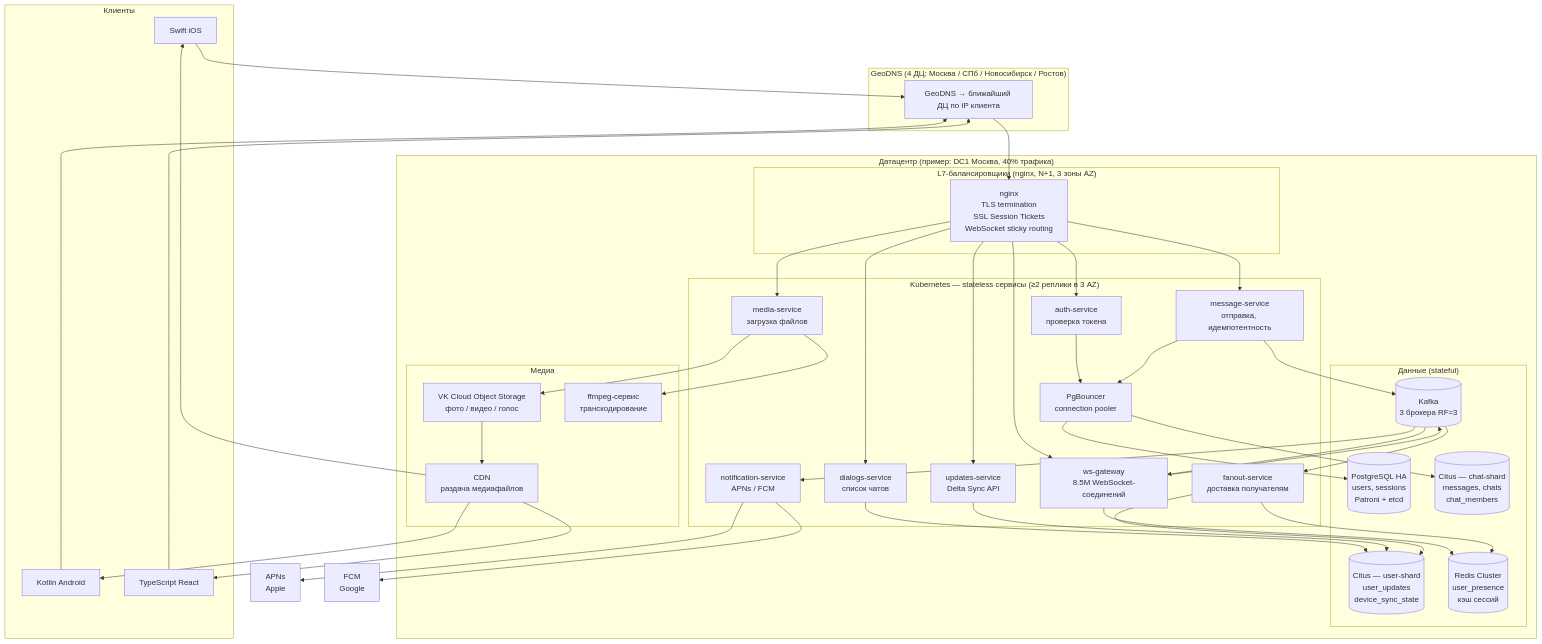
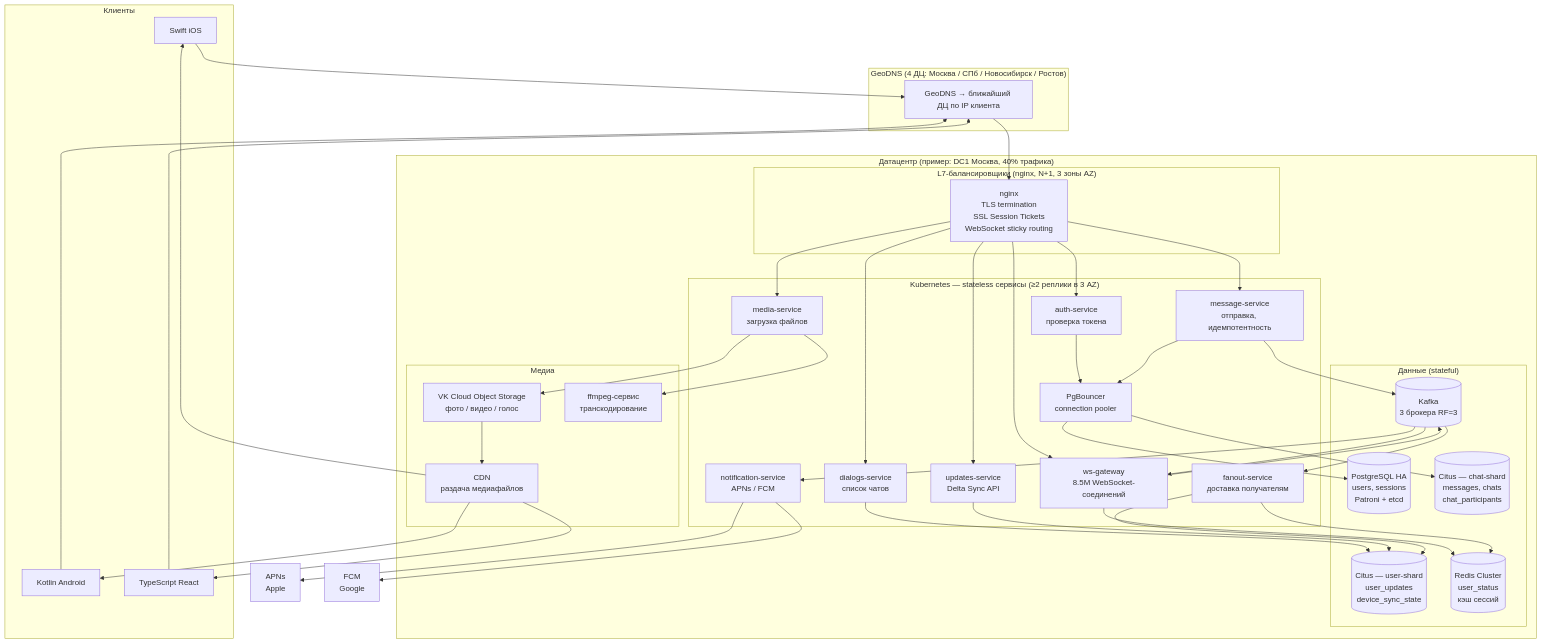
One commit to aayagzhov/highload_messenger changed the fourth of 7 diagrams in README.md. Above: the diagram before and after it, drawn with Mermaid. The commit also changed other lines of this file, not shown here.

````diff
--- a/README.md
+++ b/README.md
@@ -1595,82 +1717,82 @@
 ```mermaid
 graph TB
     subgraph Клиенты
         iOS[Swift iOS]
         Android[Kotlin Android]
         Web[TypeScript React]
     end
 
     subgraph DNS["GeoDNS (4 ДЦ: Москва / СПб / Новосибирск / Ростов)"]
         DNS_node[GeoDNS → ближайший ДЦ по IP клиента]
     end
 
     subgraph DC["Датацентр (пример: DC1 Москва, 40% трафика)"]
         subgraph LB["L7-балансировщики (nginx, N+1, 3 зоны AZ)"]
             NGX[nginx\nTLS termination\nSSL Session Tickets\nWebSocket sticky routing]
         end
 
         subgraph K8S["Kubernetes — stateless сервисы (≥2 реплики в 3 AZ)"]
             AUTH[auth-service\nпроверка токена]
             MSG[message-service\nотправка, идемпотентность]
             DIAL[dialogs-service\nсписок чатов]
             UPD[updates-service\nDelta Sync API]
             WS[ws-gateway\n8.5M WebSocket-соединений]
             FAN[fanout-service\nдоставка получателям]
             PUSH[notification-service\nAPNs / FCM]
             MEDIA[media-service\nзагрузка файлов]
             PGB[PgBouncer\nconnection pooler]
         end
 
         subgraph DATA["Данные (stateful)"]
             PG[(PostgreSQL HA\nusers, sessions\nPatroni + etcd)]
-            CITUS[(Citus — chat-shard\nmessages, chats\nchat_members)]
+            CITUS[(Citus — chat-shard\nmessages, chats\nchat_participants)]
             CITUS_U[(Citus — user-shard\nuser_updates\ndevice_sync_state)]
-            REDIS[(Redis Cluster\nuser_presence\nкэш сессий)]
+            REDIS[(Redis Cluster\nuser_status\nкэш сессий)]
             KAFKA[(Kafka\n3 брокера RF=3)]
         end
 
         subgraph STORAGE["Медиа"]
             OBJ[VK Cloud Object Storage\nфото / видео / голос]
             CDN[CDN\nраздача медиафайлов]
             FFMPEG[ffmpeg-сервис\nтранскодирование]
         end
     end
 
     iOS --> DNS_node
     Android --> DNS_node
     Web --> DNS_node
     DNS_node --> NGX
 
     NGX --> AUTH
     NGX --> MSG
     NGX --> DIAL
     NGX --> UPD
     NGX --> WS
     NGX --> MEDIA
 
     AUTH --> PGB --> PG
     MSG --> PGB
     PGB --> CITUS
     MSG --> KAFKA
     DIAL --> CITUS_U
     UPD --> CITUS_U
     WS --> REDIS
     WS --> KAFKA
 
     KAFKA --> FAN
     KAFKA --> PUSH
     KAFKA --> WS
 
     FAN --> CITUS_U
     FAN --> REDIS
 
     MEDIA --> OBJ
     MEDIA --> FFMPEG
     OBJ --> CDN
     CDN --> iOS
     CDN --> Android
     CDN --> Web
 
     PUSH --> APNs[APNs\nApple]
     PUSH --> FCM[FCM\nGoogle]
 ```
````
